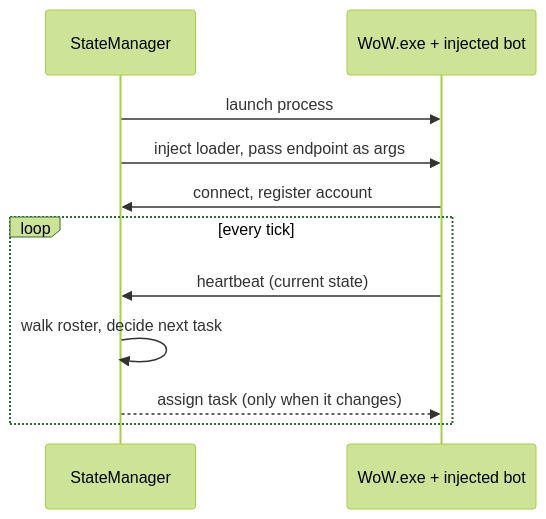
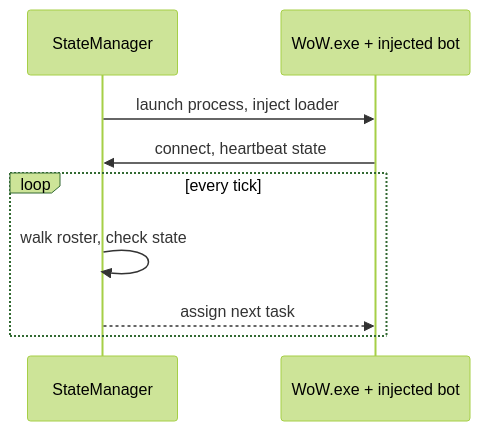
Before and after one commit to lrhodes404/wwow-devblog: the diagram in _posts/2026-09-07-the-statemanager.md, drawn with Mermaid (forest theme). The commit also changed other lines of this file and 55 other files, not shown here.

````diff
--- a/_posts/2026-09-07-the-statemanager.md
+++ b/_posts/2026-09-07-the-statemanager.md
@@ -68,13 +90,11 @@
 ```mermaid
 sequenceDiagram
   participant SM as StateManager
   participant P as WoW.exe + injected bot
-  SM->>P: launch process
-  SM->>P: inject loader, pass endpoint as args
-  P->>SM: connect, register account
+  SM->>P: launch process, inject loader
+  P->>SM: connect, heartbeat state
   loop every tick
-    P->>SM: heartbeat (current state)
-    SM->>SM: walk roster, decide next task
-    SM-->>P: assign task (only when it changes)
+    SM->>SM: walk roster, check state
+    SM-->>P: assign next task
   end
 ```
````
